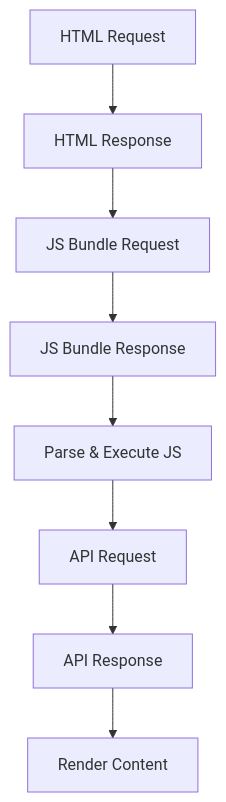
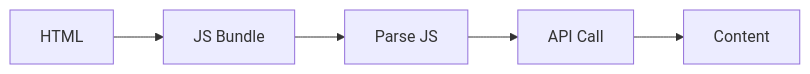
One commit to chetra-seng/aditi-frontend-nextjs changed the diagram in contents/01-react-problems.md. Above: the diagram before and after it, drawn with Mermaid. The commit also changed other lines of this file and 11 other files, not shown here.

````diff
--- a/contents/01-react-problems.md
+++ b/contents/01-react-problems.md
@@ -288,10 +290,4 @@
 ```mermaid
-graph TD
-    A[HTML Request] --> B[HTML Response]
-    B --> C[JS Bundle Request]
-    C --> D[JS Bundle Response]
-    D --> E[Parse & Execute JS]
-    E --> F[API Request]
-    F --> G[API Response]
-    G --> H[Render Content]
+graph LR
+    A[HTML] --> B[JS Bundle] --> C[Parse JS] --> D[API Call] --> E[Content]
 ```
````
